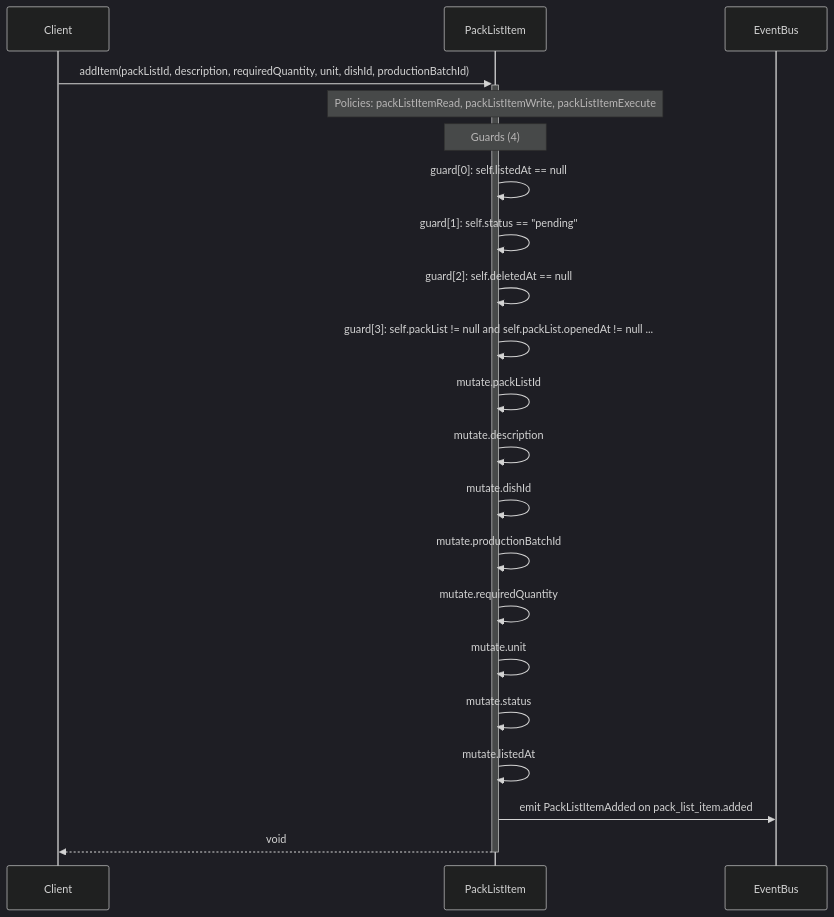
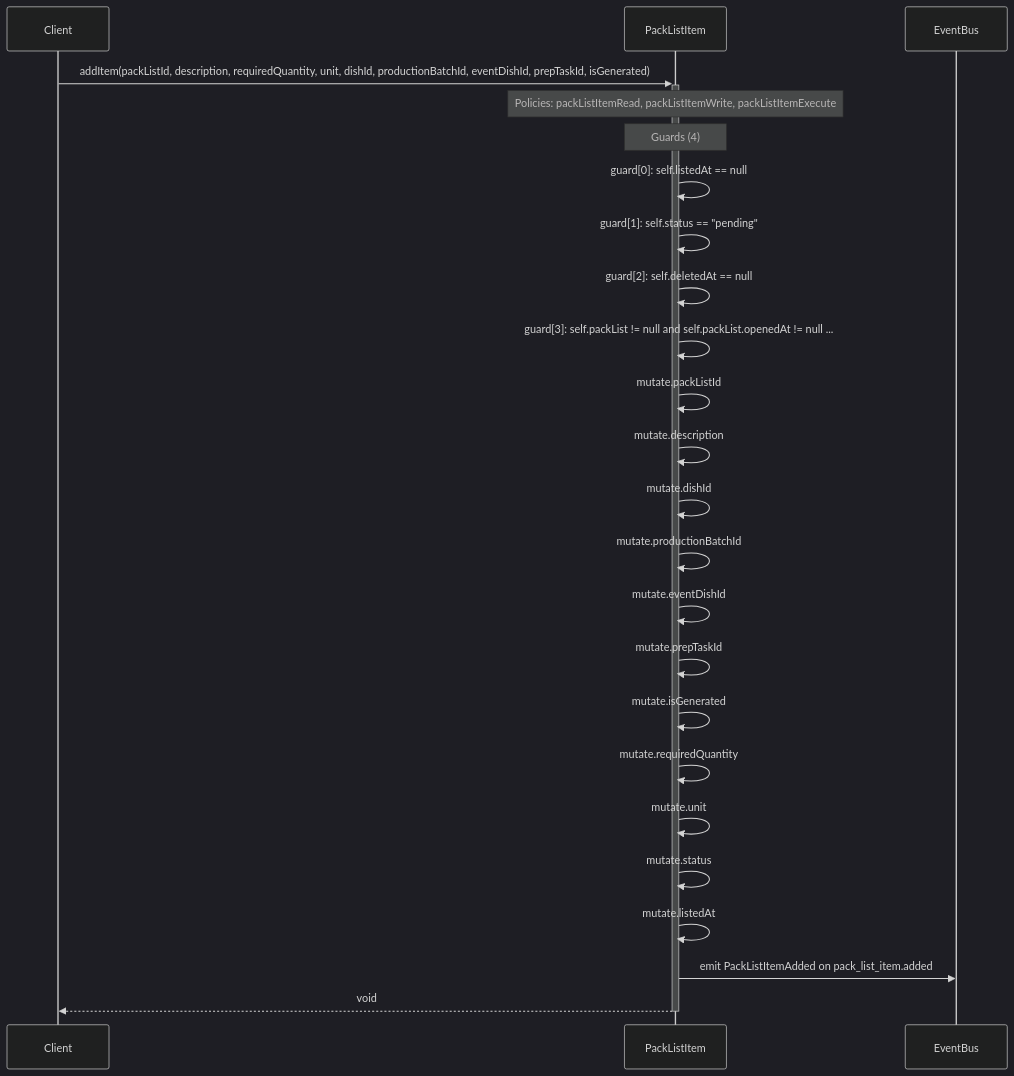
The diagram in diagrams/sequence-PackListItem-addItem.mmd (Angriff36/capsule), drawn with Mermaid (dark theme) before and after one commit. The commit also changed 32 other files, not shown here.

```diff
--- a/diagrams/sequence-PackListItem-addItem.mmd
+++ b/diagrams/sequence-PackListItem-addItem.mmd
@@ -1,21 +1,24 @@
 sequenceDiagram
     participant Client
     participant PackListItem as PackListItem
     participant EventBus
-    Client->>+PackListItem: addItem(packListId, description, requiredQuantity, unit, dishId, productionBatchId)
+    Client->>+PackListItem: addItem(packListId, description, requiredQuantity, unit, dishId, productionBatchId, eventDishId, prepTaskId, isGenerated)
     Note over PackListItem: Policies: packListItemRead, packListItemWrite, packListItemExecute
     Note over PackListItem: Guards (4)
     PackListItem->>PackListItem: guard[0]: self.listedAt == null
     PackListItem->>PackListItem: guard[1]: self.status == #quot;pending#quot;
     PackListItem->>PackListItem: guard[2]: self.deletedAt == null
     PackListItem->>PackListItem: guard[3]: self.packList != null and self.packList.openedAt != null ...
     PackListItem->>PackListItem: mutate.packListId
     PackListItem->>PackListItem: mutate.description
     PackListItem->>PackListItem: mutate.dishId
     PackListItem->>PackListItem: mutate.productionBatchId
+    PackListItem->>PackListItem: mutate.eventDishId
+    PackListItem->>PackListItem: mutate.prepTaskId
+    PackListItem->>PackListItem: mutate.isGenerated
     PackListItem->>PackListItem: mutate.requiredQuantity
     PackListItem->>PackListItem: mutate.unit
     PackListItem->>PackListItem: mutate.status
     PackListItem->>PackListItem: mutate.listedAt
     PackListItem->>EventBus: emit PackListItemAdded on pack_list_item.added
     PackListItem-->>-Client: void
```
